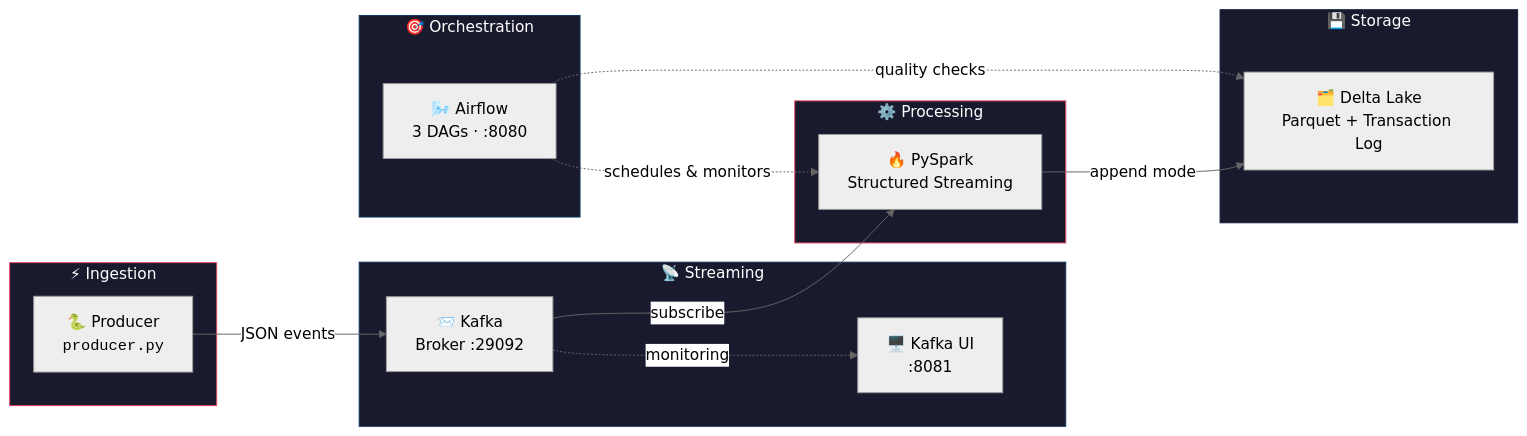
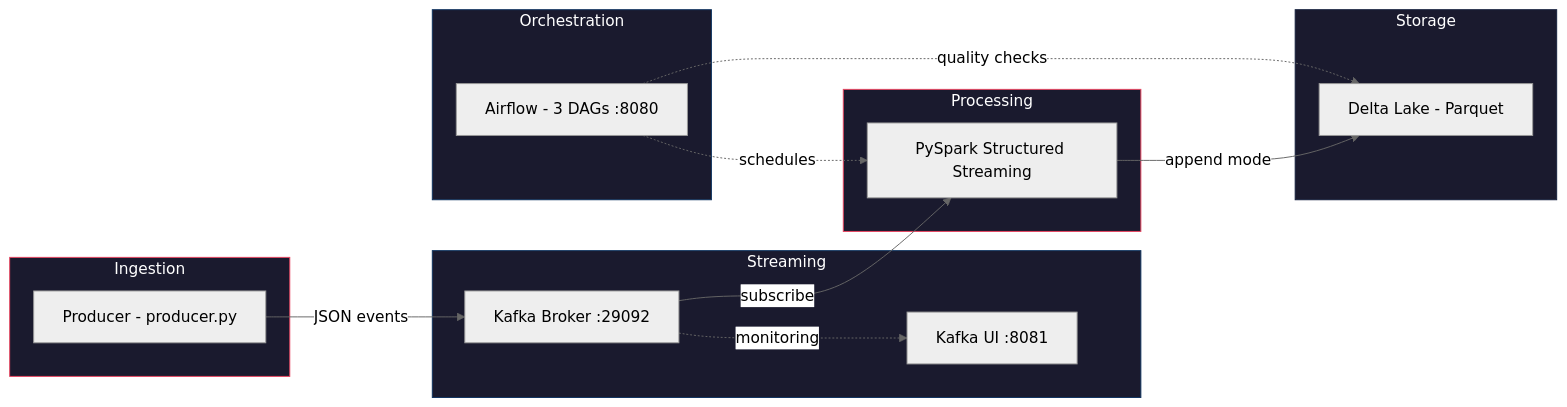
The first of 4 diagrams in README.md (MdAbdehakim/data-engineering-project), drawn with Mermaid (neutral theme) before and after one commit. The commit also changed other lines of this file, not shown here.

Commit message:
fix: Mermaid diagrams - remove emojis and HTML tags for GitHub rendering

````diff
--- a/README.md
+++ b/README.md
@@ -30,36 +30,36 @@
 ```mermaid
 flowchart LR
-    subgraph INGESTION ["⚡ Ingestion"]
-        P["🐍 Producer<br/><code>producer.py</code>"]
+    subgraph INGESTION ["Ingestion"]
+        P["Producer - producer.py"]
     end
 
-    subgraph STREAMING ["📡 Streaming"]
-        K["📨 Kafka<br/>Broker :29092"]
-        KUI["🖥️ Kafka UI<br/>:8081"]
+    subgraph STREAMING ["Streaming"]
+        K["Kafka Broker :29092"]
+        KUI["Kafka UI :8081"]
     end
 
-    subgraph PROCESSING ["⚙️ Processing"]
-        S["🔥 PySpark<br/>Structured Streaming"]
+    subgraph PROCESSING ["Processing"]
+        S["PySpark Structured Streaming"]
     end
 
-    subgraph STORAGE ["💾 Storage"]
-        D["🗂️ Delta Lake<br/>Parquet + Transaction Log"]
+    subgraph STORAGE ["Storage"]
+        D["Delta Lake - Parquet"]
     end
 
-    subgraph ORCHESTRATION ["🎯 Orchestration"]
-        A["🌬️ Airflow<br/>3 DAGs · :8080"]
+    subgraph ORCHESTRATION ["Orchestration"]
+        A["Airflow - 3 DAGs :8080"]
     end
 
     P -->|JSON events| K
     K -.->|monitoring| KUI
     K -->|subscribe| S
     S -->|append mode| D
-    A -.->|schedules & monitors| S
+    A -.->|schedules| S
     A -.->|quality checks| D
 
     style INGESTION fill:#1a1a2e,stroke:#e94560,color:#fff
     style STREAMING fill:#1a1a2e,stroke:#0f3460,color:#fff
     style PROCESSING fill:#1a1a2e,stroke:#e94560,color:#fff
     style STORAGE fill:#1a1a2e,stroke:#16213e,color:#fff
     style ORCHESTRATION fill:#1a1a2e,stroke:#0f3460,color:#fff
 ```
````
